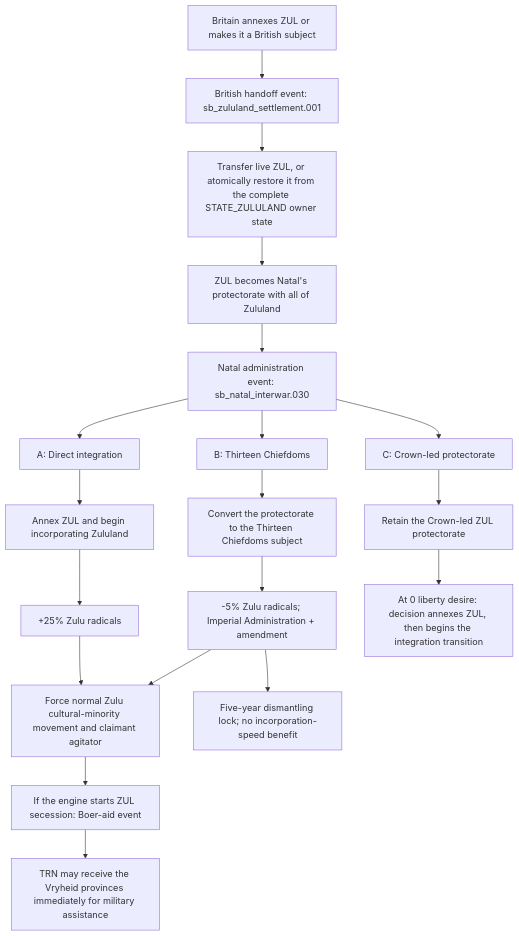
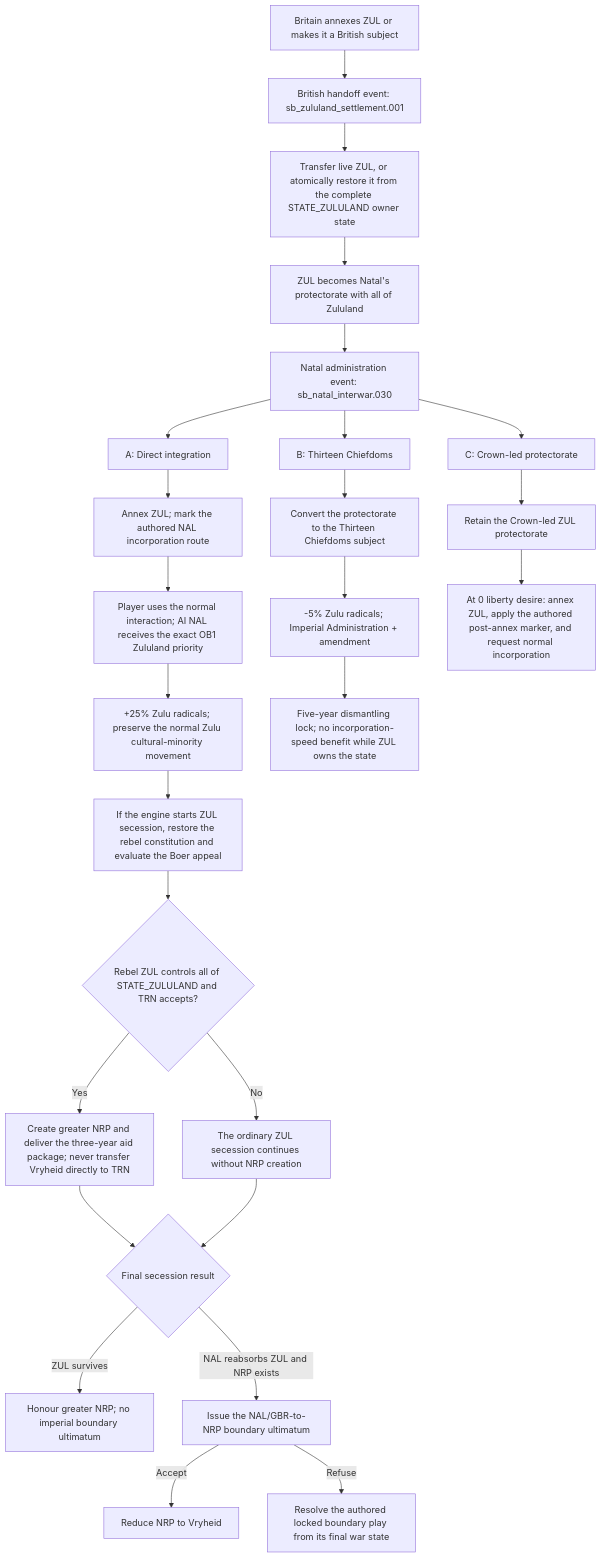
One commit to kaapse-tollie/spes-bona changed the first of 4 diagrams in Docs/natal_zululand_postwar_settlement_design.md. Above: the diagram before and after it, drawn with Mermaid. The commit also changed other lines of this file and 15 other files, not shown here.

````diff
--- a/Docs/natal_zululand_postwar_settlement_design.md
+++ b/Docs/natal_zululand_postwar_settlement_design.md
@@ -44,21 +44,28 @@
 ```mermaid
 flowchart TD
     A["Britain annexes ZUL or makes it a British subject"] --> A1["British handoff event: sb_zululand_settlement.001"]
     A1 --> A2["Transfer live ZUL, or atomically restore it from the complete STATE_ZULULAND owner state"]
     A2 --> A3["ZUL becomes Natal's protectorate with all of Zululand"]
     A3 --> B["Natal administration event: sb_natal_interwar.030"]
     B --> C["A: Direct integration"]
     B --> D["B: Thirteen Chiefdoms"]
     B --> E["C: Crown-led protectorate"]
-    C --> C0["Annex ZUL and begin incorporating Zululand"]
-    C0 --> C1["+25% Zulu radicals"]
-    C1 --> F["Force normal Zulu cultural-minority movement and claimant agitator"]
+    C --> C0["Annex ZUL; mark the authored NAL incorporation route"]
+    C0 --> C1["Player uses the normal interaction; AI NAL receives the exact OB1 Zululand priority"]
+    C1 --> C2["+25% Zulu radicals; preserve the normal Zulu cultural-minority movement"]
     D --> D0["Convert the protectorate to the Thirteen Chiefdoms subject"]
     D0 --> D1["-5% Zulu radicals; Imperial Administration + amendment"]
-    D1 --> F
-    D1 --> D2["Five-year dismantling lock; no incorporation-speed benefit"]
+    D1 --> D2["Five-year dismantling lock; no incorporation-speed benefit while ZUL owns the state"]
     E --> E1["Retain the Crown-led ZUL protectorate"]
-    E1 --> E2["At 0 liberty desire: decision annexes ZUL, then begins the integration transition"]
-    F --> G["If the engine starts ZUL secession: Boer-aid event"]
-    G --> H["TRN may receive the Vryheid provinces immediately for military assistance"]
+    E1 --> E2["At 0 liberty desire: annex ZUL, apply the authored post-annex marker, and request normal incorporation"]
+    C2 --> F["If the engine starts ZUL secession, restore the rebel constitution and evaluate the Boer appeal"]
+    F --> G{"Rebel ZUL controls all of STATE_ZULULAND and TRN accepts?"}
+    G -->|"Yes"| H["Create greater NRP and deliver the three-year aid package; never transfer Vryheid directly to TRN"]
+    G -->|"No"| I["The ordinary ZUL secession continues without NRP creation"]
+    H --> J{"Final secession result"}
+    I --> J
+    J -->|"ZUL survives"| K["Honour greater NRP; no imperial boundary ultimatum"]
+    J -->|"NAL reabsorbs ZUL and NRP exists"| L["Issue the NAL/GBR-to-NRP boundary ultimatum"]
+    L -->|"Accept"| M["Reduce NRP to Vryheid"]
+    L -->|"Refuse"| N["Resolve the authored locked boundary play from its final war state"]
 ```
````
